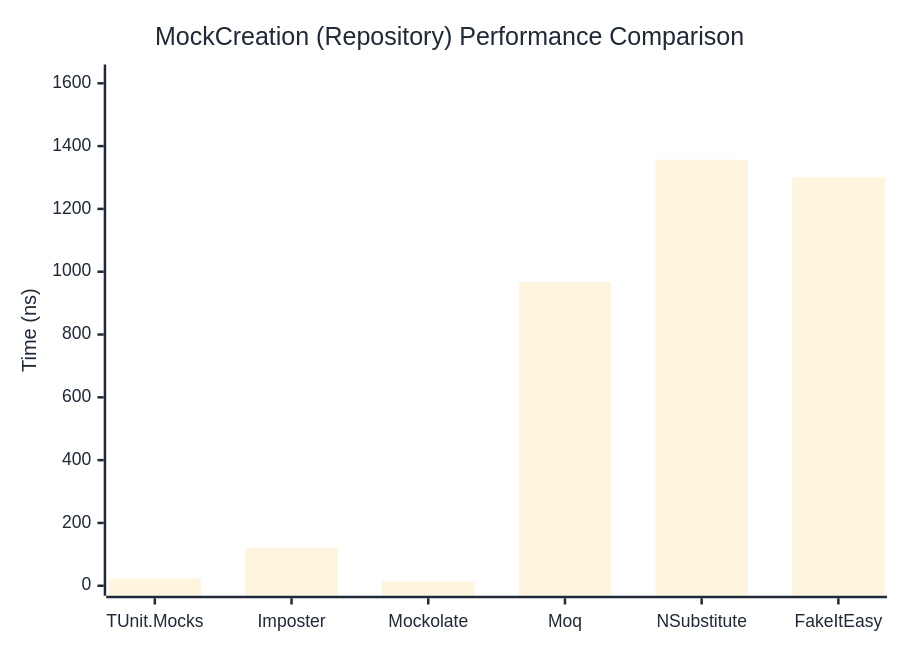
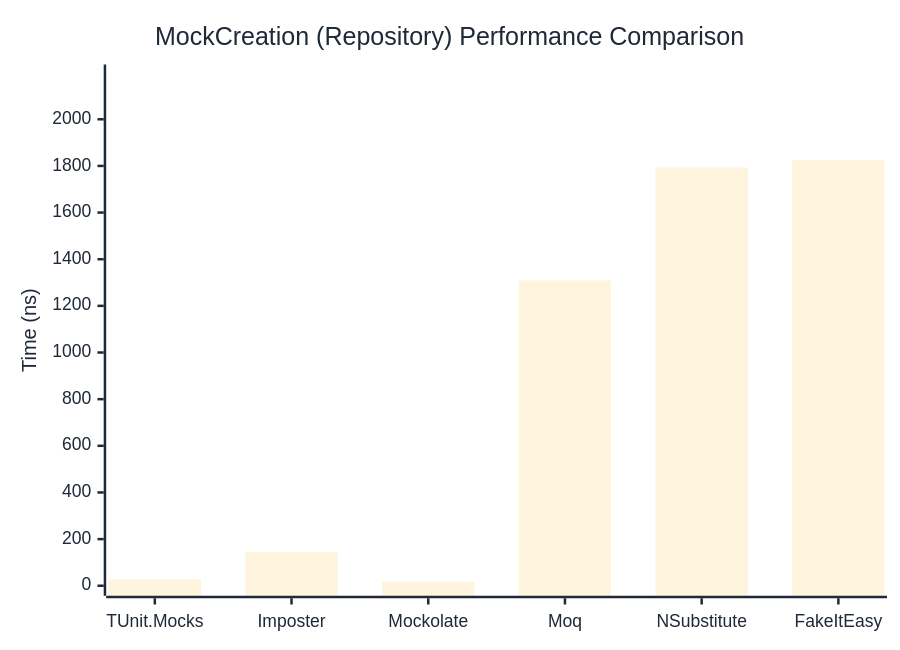
The second of 2 diagrams in docs/docs/benchmarks/mocks/MockCreation.md (thomhurst/TUnit), drawn with Mermaid before and after one commit. The commit also changed other lines of this file and 14 other files, not shown here.

````diff
--- a/docs/docs/benchmarks/mocks/MockCreation.md
+++ b/docs/docs/benchmarks/mocks/MockCreation.md
@@ -71,27 +71,27 @@
 ```mermaid
 %%{init: {
   'theme':'base',
   'themeVariables': {
     'primaryColor': '#2563eb',
     'primaryTextColor': '#1f2937',
     'primaryBorderColor': '#1e40af',
     'lineColor': '#6b7280',
     'secondaryColor': '#7c3aed',
     'tertiaryColor': '#dc2626',
     'background': '#ffffff',
     'pie1': '#2563eb',
     'pie2': '#7c3aed',
     'pie3': '#dc2626',
     'pie4': '#f59e0b',
     'pie5': '#10b981',
     'pie6': '#06b6d4',
     'pie7': '#ec4899',
     'pie8': '#6366f1'
   }
 }}%%
 xychart-beta
   title "MockCreation (Repository) Performance Comparison"
   x-axis ["TUnit.Mocks", "Imposter", "Mockolate", "Moq", "NSubstitute", "FakeItEasy"]
-  y-axis "Time (ns)" 0 --> 1628
-  bar [22.86, 121.45, 14.06, 967.05, 1356.58, 1300.16]
+  y-axis "Time (ns)" 0 --> 2192
+  bar [28.16, 143.75, 17.39, 1309.12, 1793.31, 1825.92]
 ```
````
